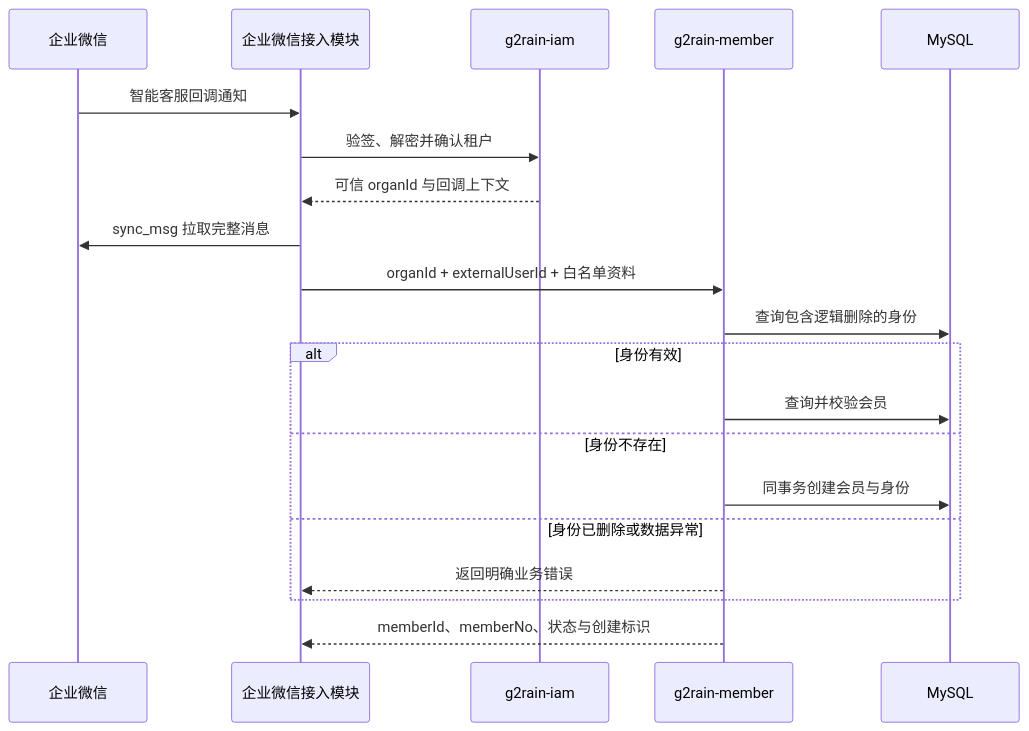
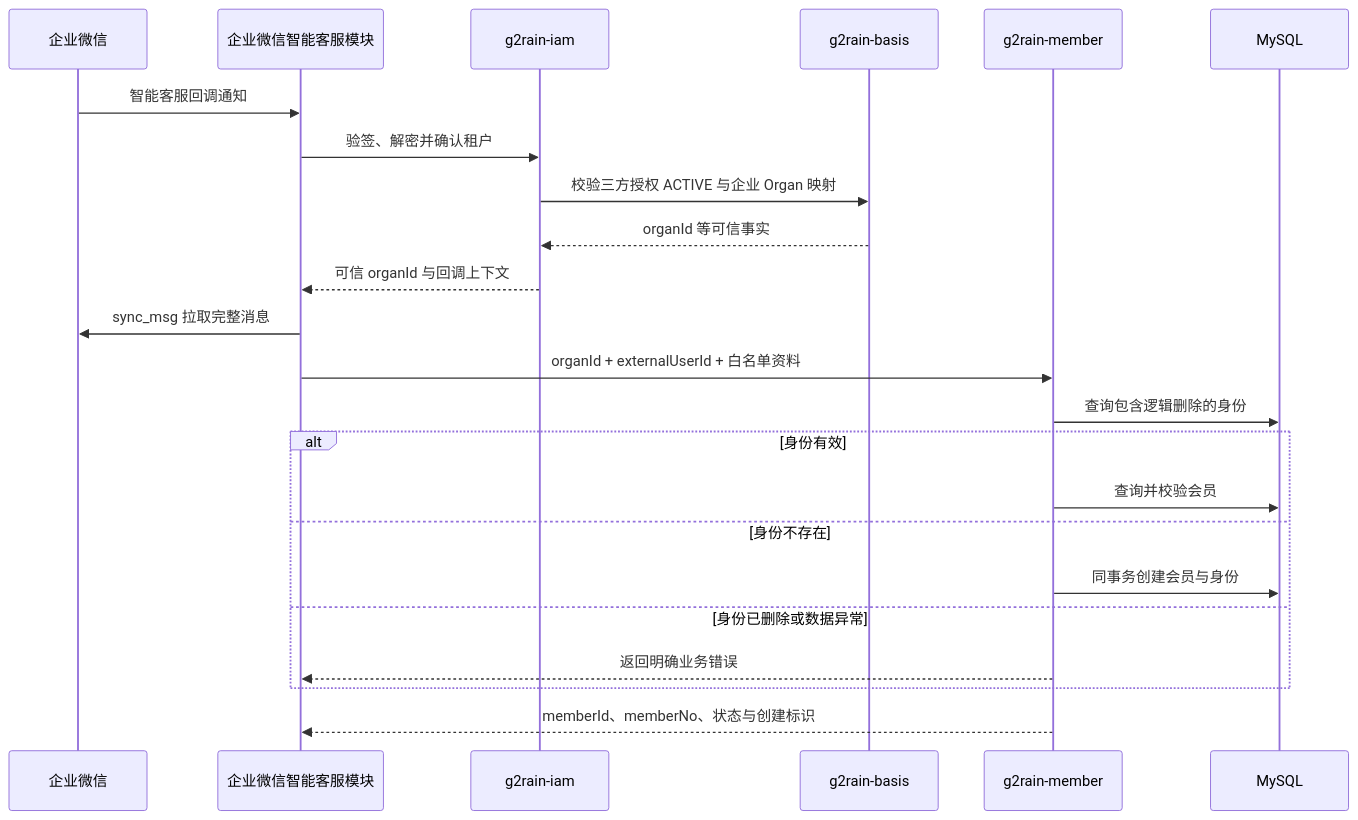
Before and after one commit to g2rain/g2rain-member: the third of 4 diagrams in docs/architecture/runtime-flows.md, drawn with Mermaid. The commit also changed other lines of this file and 9 other files, not shown here.

````diff
--- a/docs/architecture/runtime-flows.md
+++ b/docs/architecture/runtime-flows.md
@@ -41,23 +41,26 @@
 ```mermaid
 sequenceDiagram
   participant WeCom as 企业微信
-  participant Connector as 企业微信接入模块
+  participant Connector as 企业微信智能客服模块
   participant IAM as g2rain-iam
+  participant Basis as g2rain-basis
   participant Member as g2rain-member
   participant DB as MySQL
 
   WeCom->>Connector: 智能客服回调通知
   Connector->>IAM: 验签、解密并确认租户
+  IAM->>Basis: 校验三方授权 ACTIVE 与企业 Organ 映射
+  Basis-->>IAM: organId 等可信事实
   IAM-->>Connector: 可信 organId 与回调上下文
   Connector->>WeCom: sync_msg 拉取完整消息
   Connector->>Member: organId + externalUserId + 白名单资料
   Member->>DB: 查询包含逻辑删除的身份
   alt 身份有效
     Member->>DB: 查询并校验会员
   else 身份不存在
     Member->>DB: 同事务创建会员与身份
   else 身份已删除或数据异常
     Member-->>Connector: 返回明确业务错误
   end
   Member-->>Connector: memberId、memberNo、状态与创建标识
 ```
````
